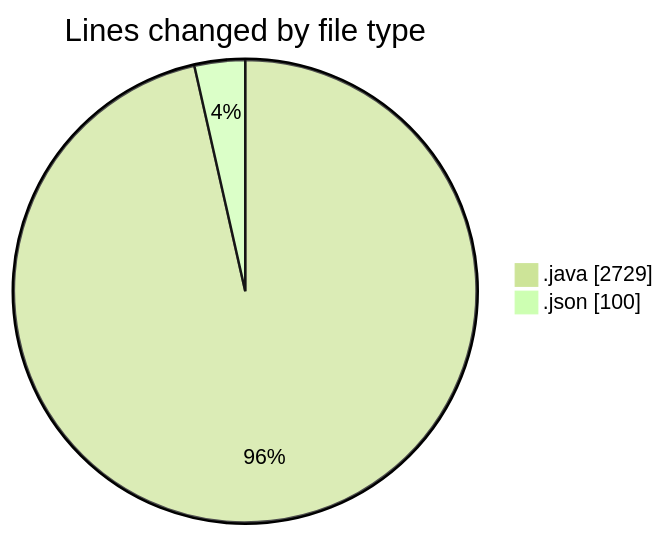
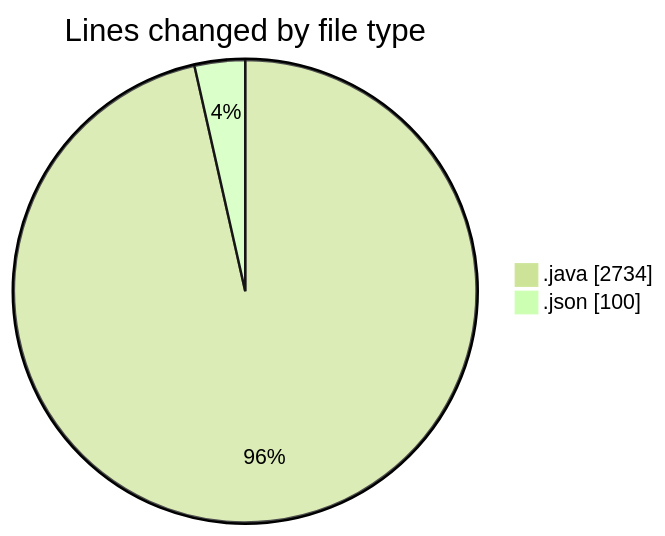
One commit to ricardozamudiocil/code-tracking changed the first of 2 diagrams in 2026-05-12/cilapp/README.md. Above: the diagram before and after it, drawn with Mermaid (forest theme). The commit also changed other lines of this file and 1 other file, not shown here.

````diff
--- a/2026-05-12/cilapp/README.md
+++ b/2026-05-12/cilapp/README.md
@@ -28,6 +28,6 @@
 ```mermaid
 pie showData
 title Lines changed by file type
-".java" : 2729
+".java" : 2734
 ".json" : 100
 ```
````
